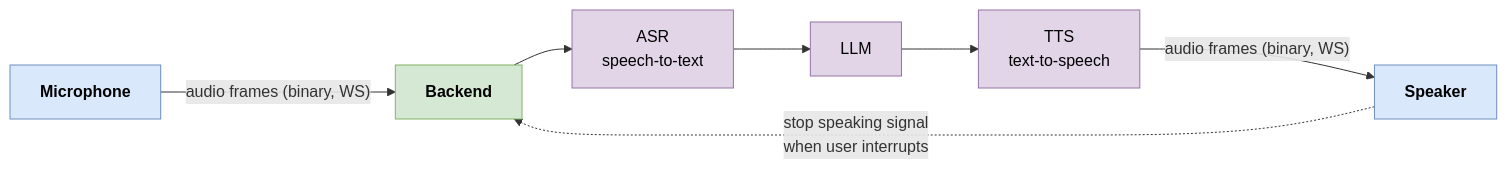
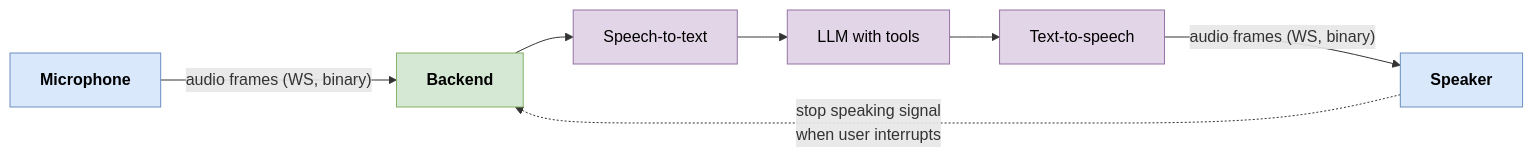
The sixth of 8 diagrams in concepts/07_ai_agents_mcp.md (fnusatvik07/real-time-events), drawn with Mermaid before and after one commit. The commit also changed other lines of this file and 7 other files, not shown here.

````diff
--- a/concepts/07_ai_agents_mcp.md
+++ b/concepts/07_ai_agents_mcp.md
@@ -144,15 +225,15 @@
 ```mermaid
 flowchart LR
-    MIC[Microphone] -- audio frames (binary, WS) --> BE[Backend]
-    BE --> ASR[ASR<br/>speech-to-text]
-    ASR --> LLM[LLM]
-    LLM --> TTS[TTS<br/>text-to-speech]
-    TTS -- audio frames (binary, WS) --> SPK[Speaker]
+    MIC[Microphone] -- audio frames (WS, binary) --> BE[Backend]
+    BE --> ASR[Speech-to-text]
+    ASR --> LLM[LLM with tools]
+    LLM --> TTS[Text-to-speech]
+    TTS -- audio frames (WS, binary) --> SPK[Speaker]
     SPK -. "stop speaking" signal<br/>when user interrupts .-> BE
     classDef io fill:#dae8fc,stroke:#6c8ebf,color:#000,font-weight:bold
     classDef srv fill:#d5e8d4,stroke:#82b366,color:#000,font-weight:bold
     classDef ai fill:#e1d5e7,stroke:#9673a6,color:#000
     class MIC,SPK io
     class BE srv
     class ASR,LLM,TTS ai
 ```
````
